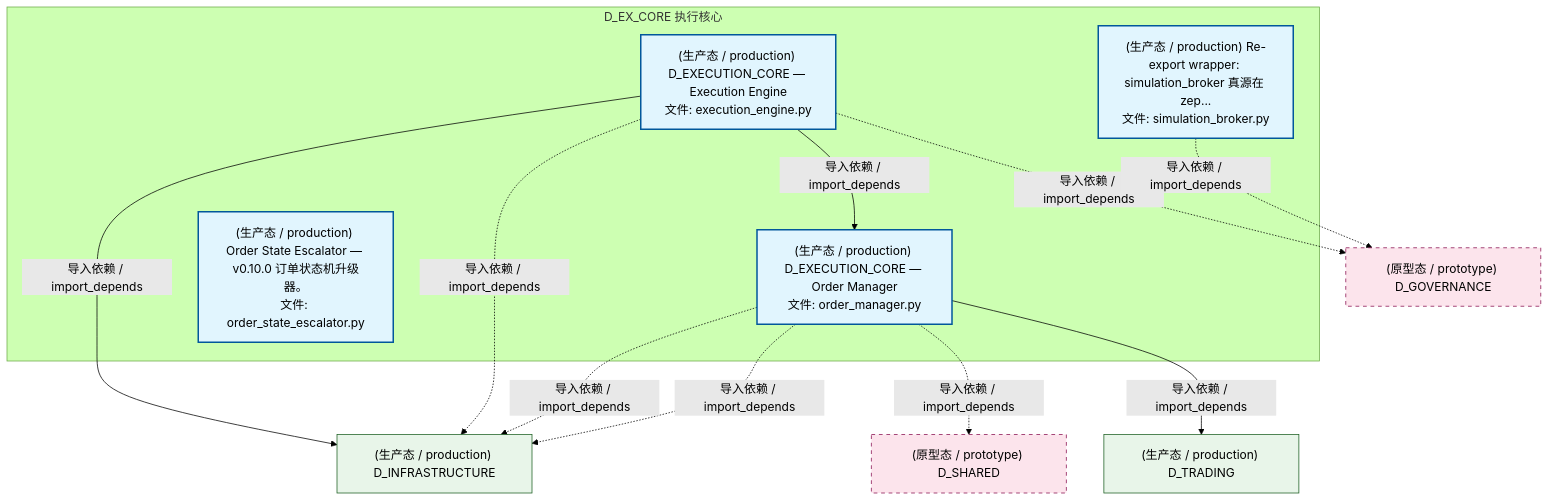
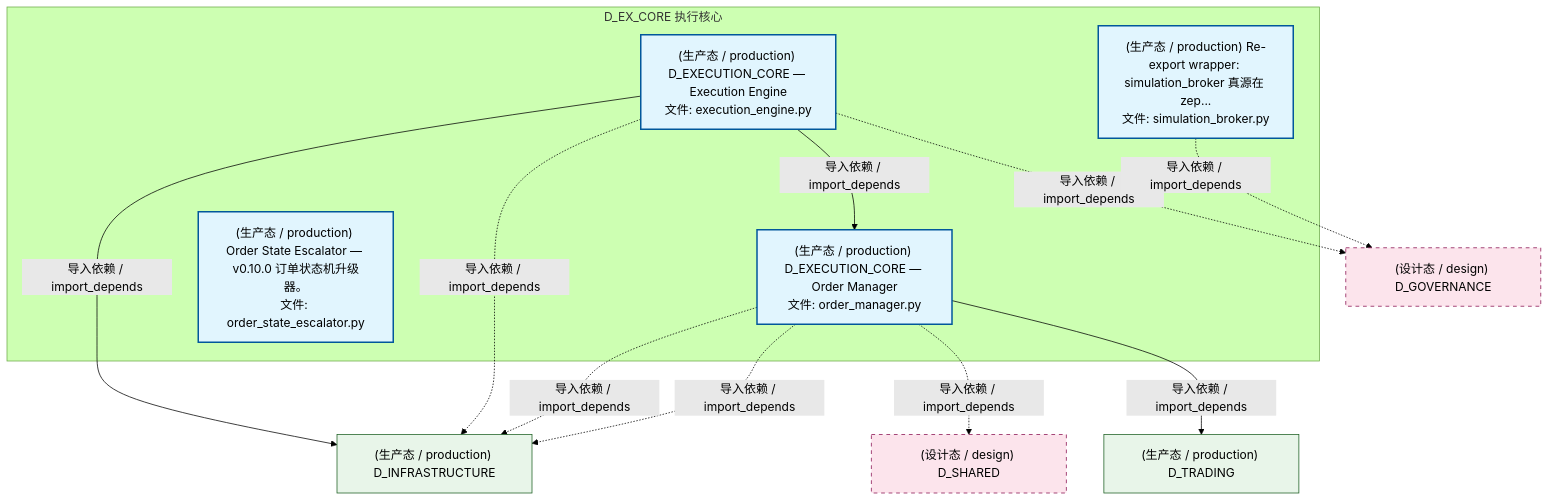
Before and after one commit to xuanFelixVan/ZephyrAlpha: the second of 5 diagrams in docs/02_enterprise_architecture/02_domain_architecture_docs/34_d_ex_core.md, drawn with Mermaid (forest theme). The commit also changed other lines of this file and 177 other files, not shown here.

````diff
--- a/docs/02_enterprise_architecture/02_domain_architecture_docs/34_d_ex_core.md
+++ b/docs/02_enterprise_architecture/02_domain_architecture_docs/34_d_ex_core.md
@@ -126,29 +125,29 @@
 ```mermaid
 graph TD
     subgraph D_EX_CORE["D_EX_CORE 执行核心"]
         src_zephyr_ex_core_adapters_simulation_broker_py["(生产态 / production) Re-export wrapper: simulation_broker 真源在 zep...<br/>文件: simulation_broker.py"]
         src_zephyr_ex_core_execution_engine_py["(生产态 / production) D_EXECUTION_CORE — Execution Engine<br/>文件: execution_engine.py"]
         src_zephyr_ex_core_order_manager_py["(生产态 / production) D_EXECUTION_CORE — Order Manager<br/>文件: order_manager.py"]
         src_zephyr_governance_escalation_order_state_escalator_py["(生产态 / production) Order State Escalator — v0.10.0 订单状态机升级器。<br/>文件: order_state_escalator.py"]
     end
     src_zephyr_ex_core_execution_engine_py -->|导入依赖 / import_depends| src_zephyr_ex_core_order_manager_py
     D_INFRASTRUCTURE["(生产态 / production) D_INFRASTRUCTURE"]
     src_zephyr_ex_core_execution_engine_py -->|导入依赖 / import_depends| D_INFRASTRUCTURE
-    D_GOVERNANCE["(原型态 / prototype) D_GOVERNANCE"]
+    D_GOVERNANCE["(设计态 / design) D_GOVERNANCE"]
     src_zephyr_ex_core_execution_engine_py -.->|导入依赖 / import_depends| D_GOVERNANCE
     src_zephyr_ex_core_execution_engine_py -.->|导入依赖 / import_depends| D_INFRASTRUCTURE
     D_TRADING["(生产态 / production) D_TRADING"]
     src_zephyr_ex_core_order_manager_py -->|导入依赖 / import_depends| D_TRADING
-    D_SHARED["(原型态 / prototype) D_SHARED"]
+    D_SHARED["(设计态 / design) D_SHARED"]
     src_zephyr_ex_core_order_manager_py -.->|导入依赖 / import_depends| D_SHARED
     src_zephyr_ex_core_order_manager_py -.->|导入依赖 / import_depends| D_INFRASTRUCTURE
     src_zephyr_ex_core_order_manager_py -.->|导入依赖 / import_depends| D_INFRASTRUCTURE
     src_zephyr_ex_core_adapters_simulation_broker_py -.->|导入依赖 / import_depends| D_GOVERNANCE
     classDef production fill:#e1f5fe,stroke:#01579b,stroke-width:2px,color:#000
     classDef design fill:#fff3e0,stroke:#e65100,stroke-width:2px,color:#000,stroke-dasharray: 5 5
     classDef external_prod fill:#e8f5e9,stroke:#1b5e20,stroke-width:1px,color:#000
     classDef external_design fill:#fce4ec,stroke:#880e4f,stroke-width:1px,color:#000,stroke-dasharray: 5 5
     class src_zephyr_ex_core_adapters_simulation_broker_py,src_zephyr_ex_core_execution_engine_py,src_zephyr_ex_core_order_manager_py,src_zephyr_governance_escalation_order_state_escalator_py production
     class D_INFRASTRUCTURE,D_TRADING external_prod
     class D_GOVERNANCE,D_SHARED external_design
 ```
````
